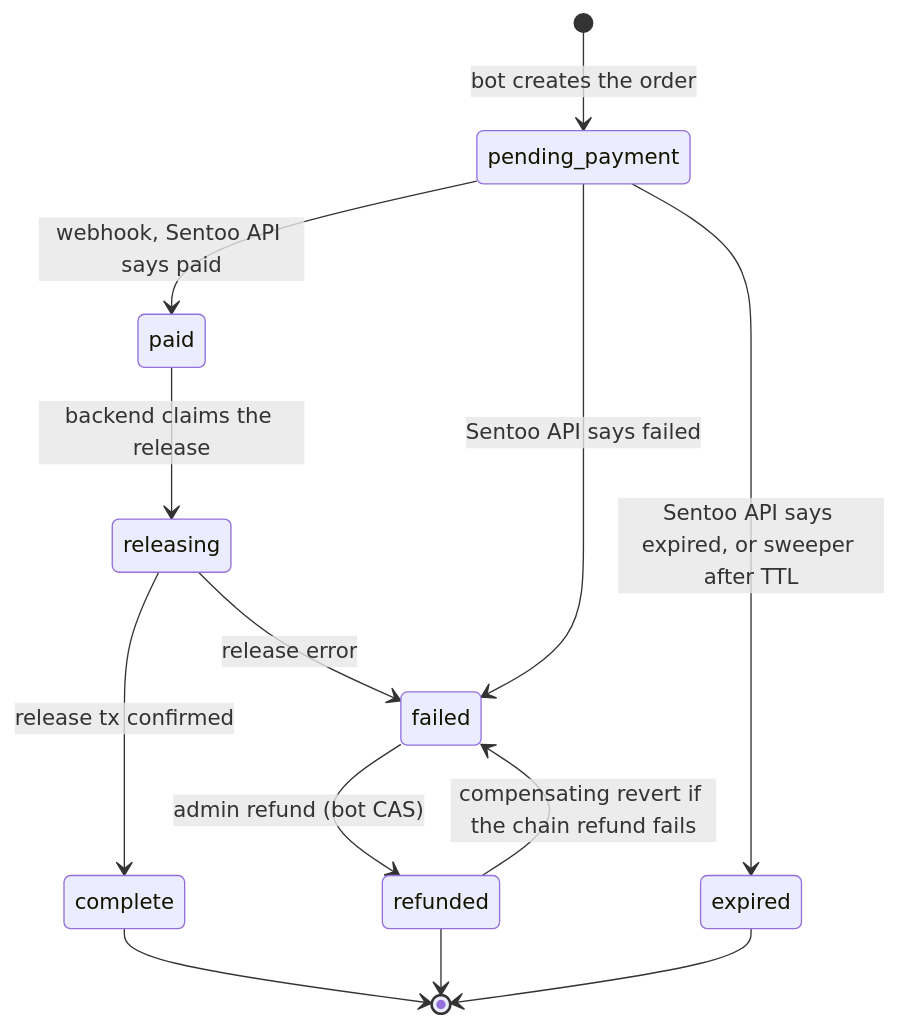
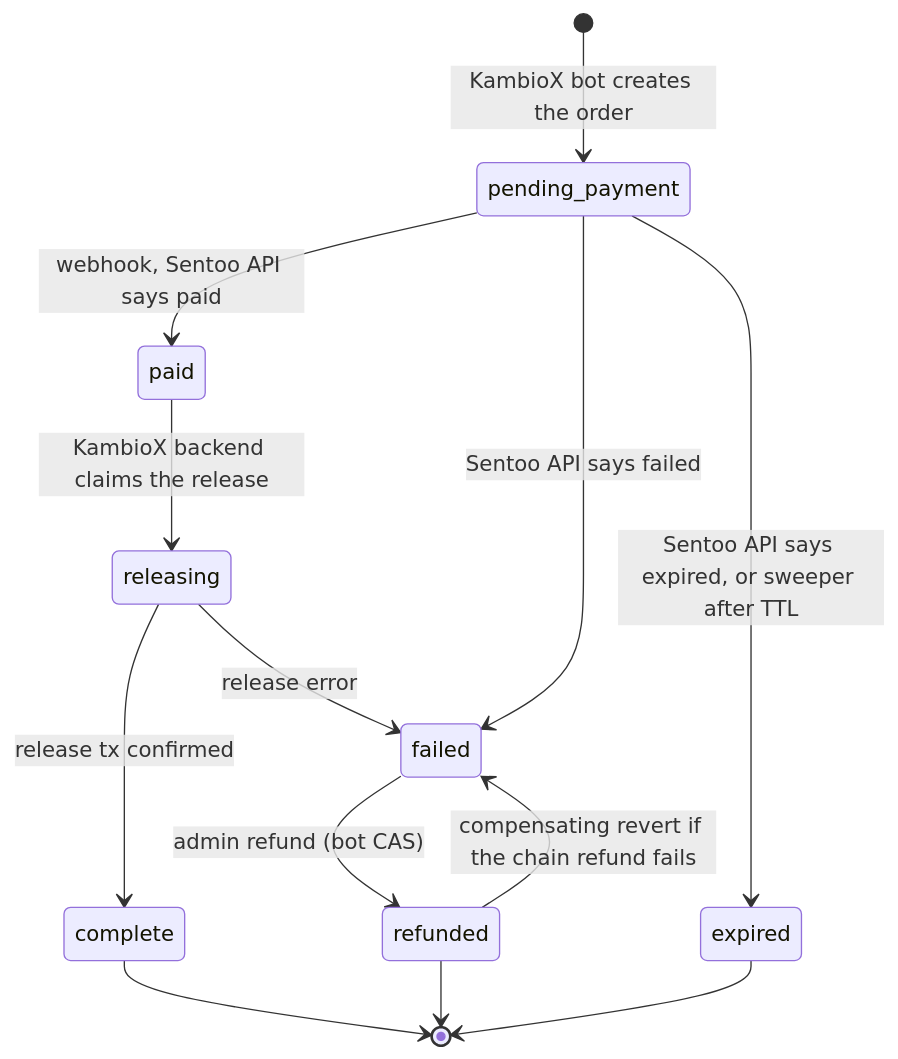
One commit to BreadchainCoop/curacao-crypto-onramp-bot changed the second of 8 diagrams in contracts/stellar/ARCHITECTURE.md. Above: the diagram before and after it, drawn with Mermaid. The commit also changed other lines of this file, not shown here.

Commit message:
docs(stellar): name the KambioX bot and backend in the diagrams

````diff
--- a/contracts/stellar/ARCHITECTURE.md
+++ b/contracts/stellar/ARCHITECTURE.md
@@ -41,15 +41,15 @@
 ```mermaid
 stateDiagram-v2
-  [*] --> pending_payment: bot creates the order
+  [*] --> pending_payment: KambioX bot creates the order
   pending_payment --> paid: webhook, Sentoo API says paid
   pending_payment --> failed: Sentoo API says failed
   pending_payment --> expired: Sentoo API says expired, or sweeper after TTL
-  paid --> releasing: backend claims the release
+  paid --> releasing: KambioX backend claims the release
   releasing --> complete: release tx confirmed
   releasing --> failed: release error
   failed --> refunded: admin refund (bot CAS)
   refunded --> failed: compensating revert if the chain refund fails
   complete --> [*]
   refunded --> [*]
   expired --> [*]
 ```
````
